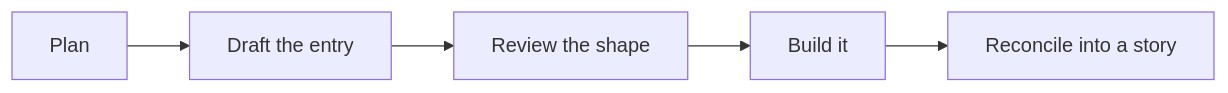
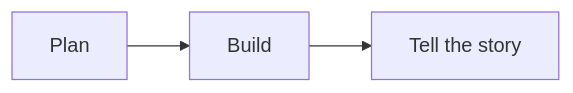
The diagram in docs/diary/index.md (andrewendlinger/xmris), drawn with Mermaid before and after one commit. The commit also changed other lines of this file and 10 other files, not shown here.

````diff
--- a/docs/diary/index.md
+++ b/docs/diary/index.md
@@ -42,8 +35,6 @@
 ```{mermaid}
 %%{init: {'flowchart': {'htmlLabels': false}}}%%
 flowchart LR
-    P["Plan"] --> D["Draft the entry"]
-    D --> R["Review the shape"]
-    R --> B["Build it"]
-    B --> S["Reconcile into a story"]
+    P["Plan"] --> B["Build"]
+    B --> S["Tell the story"]
 ```
````
